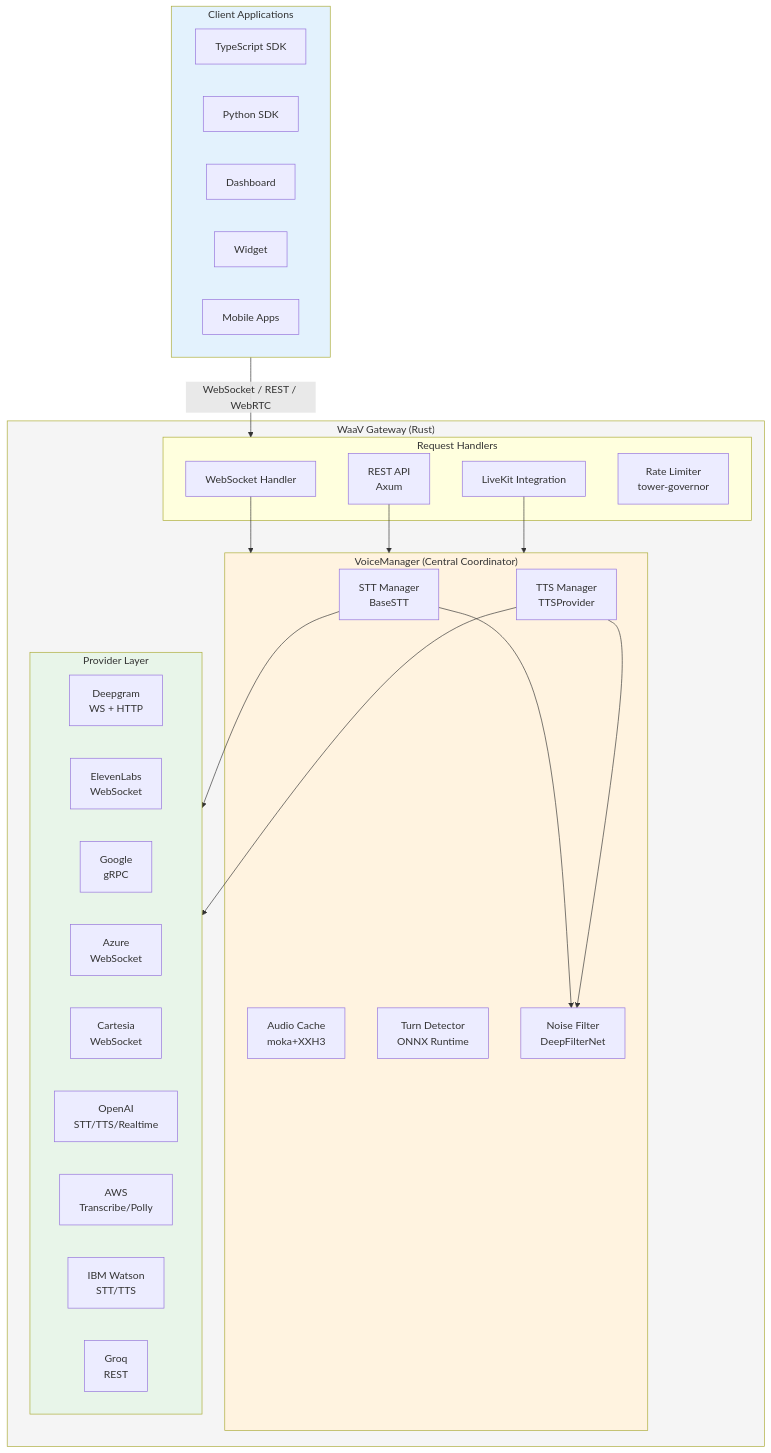
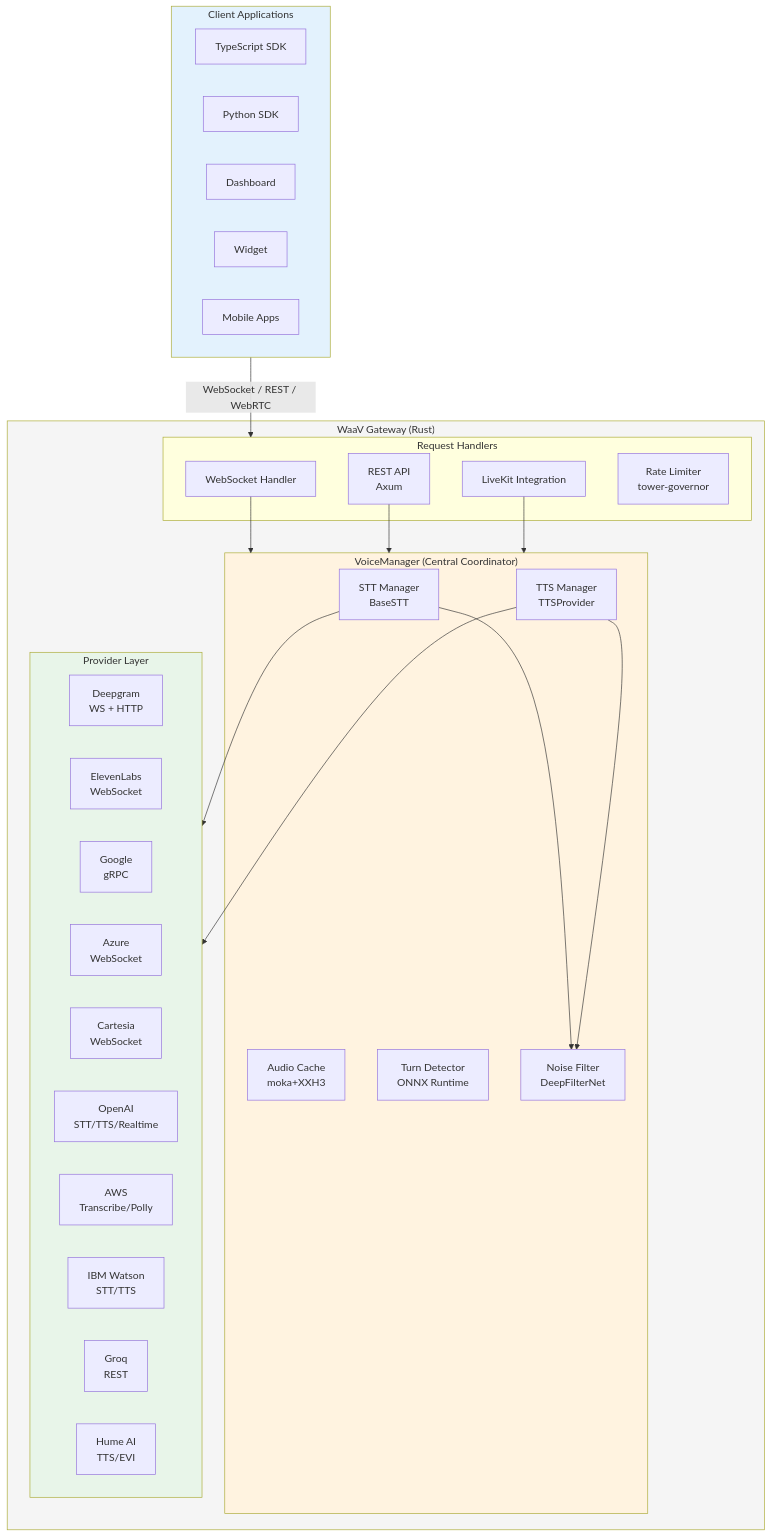
The second of 2 diagrams in README.md (BudEcosystem/WaaV), drawn with Mermaid before and after one commit. The commit also changed other lines of this file and 43 other files, not shown here.

First line of the commit message:
feat(hume): Add Hume AI TTS (Octave) and EVI (Empathic Voice Interface) integration

````diff
--- a/README.md
+++ b/README.md
@@ -254,53 +256,54 @@
 ```mermaid
 graph TB
     subgraph Clients["Client Applications"]
         TS[TypeScript SDK]
         PY[Python SDK]
         DASH[Dashboard]
         WIDG[Widget]
         MOB[Mobile Apps]
     end
 
     subgraph Gateway["WaaV Gateway (Rust)"]
         subgraph Handlers["Request Handlers"]
             WS[WebSocket Handler]
             REST[REST API<br/>Axum]
             LK[LiveKit Integration]
             RL[Rate Limiter<br/>tower-governor]
         end
 
         subgraph VM["VoiceManager (Central Coordinator)"]
             STT[STT Manager<br/>BaseSTT]
             TTS[TTS Manager<br/>TTSProvider]
             CACHE[Audio Cache<br/>moka+XXH3]
             TURN[Turn Detector<br/>ONNX Runtime]
             NF[Noise Filter<br/>DeepFilterNet]
         end
 
         subgraph Providers["Provider Layer"]
             DG[Deepgram<br/>WS + HTTP]
             EL[ElevenLabs<br/>WebSocket]
             GC[Google<br/>gRPC]
             AZ[Azure<br/>WebSocket]
             CA[Cartesia<br/>WebSocket]
             OAI[OpenAI<br/>STT/TTS/Realtime]
             AWS[AWS<br/>Transcribe/Polly]
             IBM[IBM Watson<br/>STT/TTS]
             GRQ[Groq<br/>REST]
+            HUM[Hume AI<br/>TTS/EVI]
         end
     end
 
     Clients -->|WebSocket / REST / WebRTC| Handlers
     WS --> VM
     REST --> VM
     LK --> VM
     STT --> NF
     TTS --> NF
     STT --> Providers
     TTS --> Providers
 
     style Clients fill:#e3f2fd
     style Gateway fill:#f5f5f5
     style VM fill:#fff3e0
     style Providers fill:#e8f5e9
 ```
````
